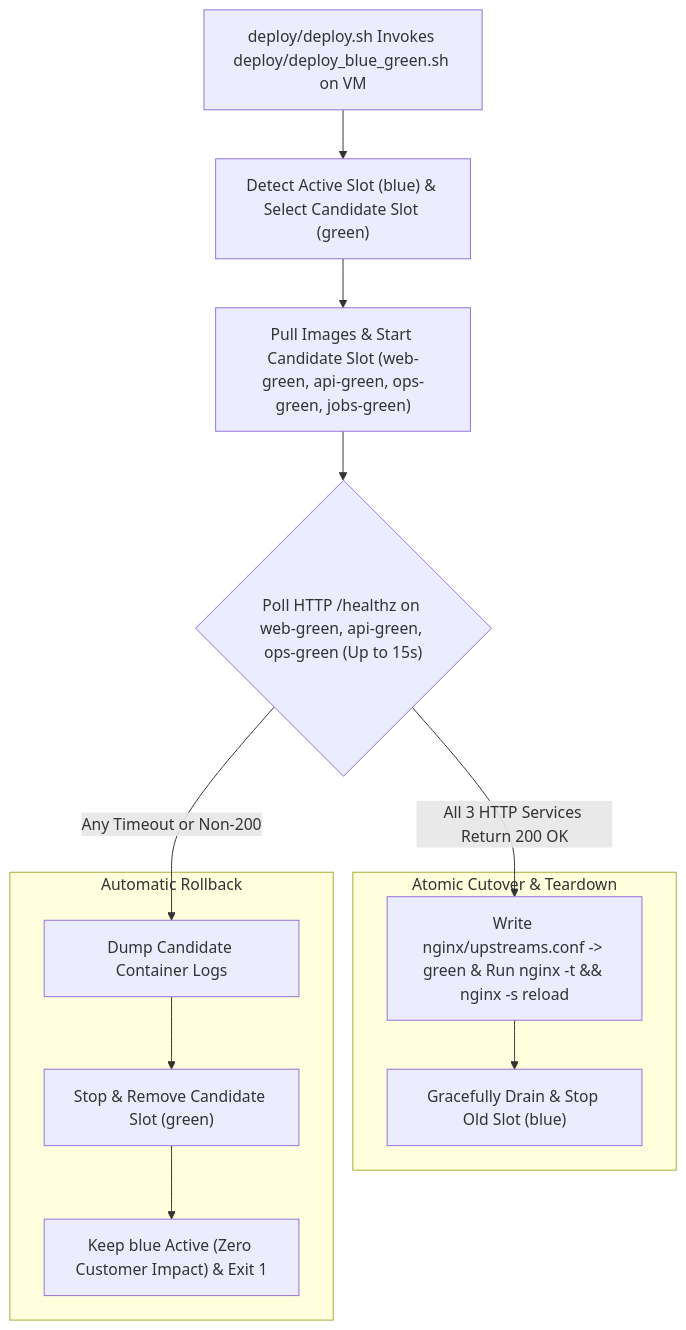
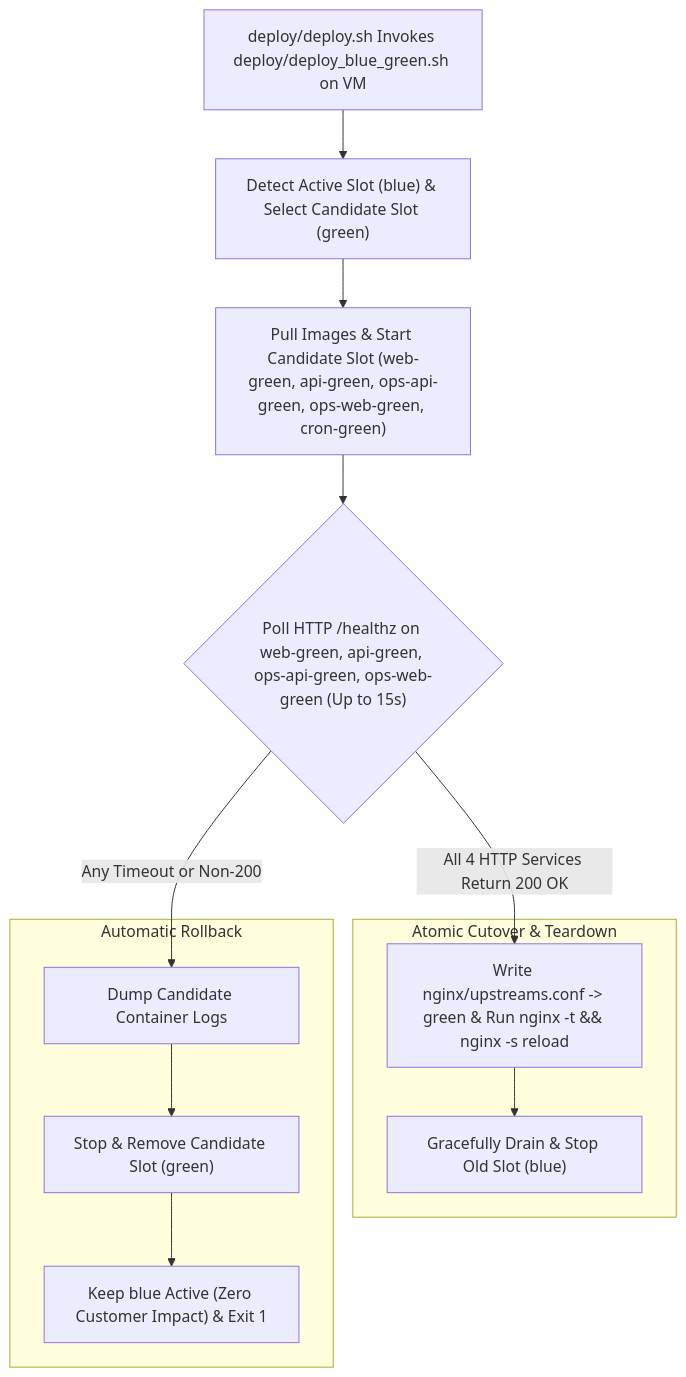
Before and after one commit to rohitramu/quadsmith: the fourth of 4 diagrams in plans/deployment_architecture.md, drawn with Mermaid. The commit also changed other lines of this file and 124 other files, not shown here.

First line of the commit message:
Implement service health, trace correlation, and ops monitoring console

````diff
--- a/plans/deployment_architecture.md
+++ b/plans/deployment_architecture.md
@@ -1586,24 +1634,24 @@
 ```mermaid
 flowchart TD
     Start["deploy/deploy.sh Invokes deploy/deploy_blue_green.sh on VM"]
     Detect["Detect Active Slot (blue) & Select Candidate Slot (green)"]
-    Boot["Pull Images & Start Candidate Slot (web-green, api-green, ops-green, jobs-green)"]
-    Health{"Poll HTTP /healthz on web-green, api-green, ops-green (Up to 15s)"}
+    Boot["Pull Images & Start Candidate Slot (web-green, api-green, ops-api-green, ops-web-green, cron-green)"]
+    Health{"Poll HTTP /healthz on web-green, api-green, ops-api-green, ops-web-green (Up to 15s)"}
 
     subgraph Cutover["Atomic Cutover & Teardown"]
         Switch["Write nginx/upstreams.conf -> green & Run nginx -t && nginx -s reload"]
         Drain["Gracefully Drain & Stop Old Slot (blue)"]
         Switch --> Drain
     end
 
     subgraph FailureRollback["Automatic Rollback"]
         Logs["Dump Candidate Container Logs"]
         Cleanup["Stop & Remove Candidate Slot (green)"]
         KeepActive["Keep blue Active (Zero Customer Impact) & Exit 1"]
         Logs --> Cleanup --> KeepActive
     end
 
     Start --> Detect --> Boot --> Health
-    Health -->|All 3 HTTP Services Return 200 OK| Switch
+    Health -->|All 4 HTTP Services Return 200 OK| Switch
     Health -->|Any Timeout or Non-200| Logs
 ```
````
